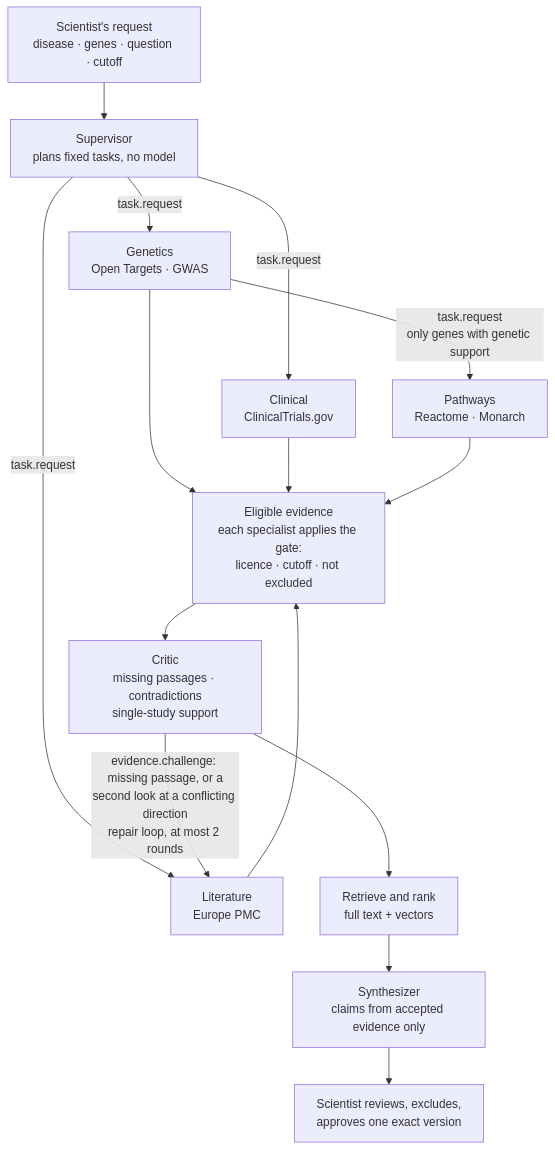
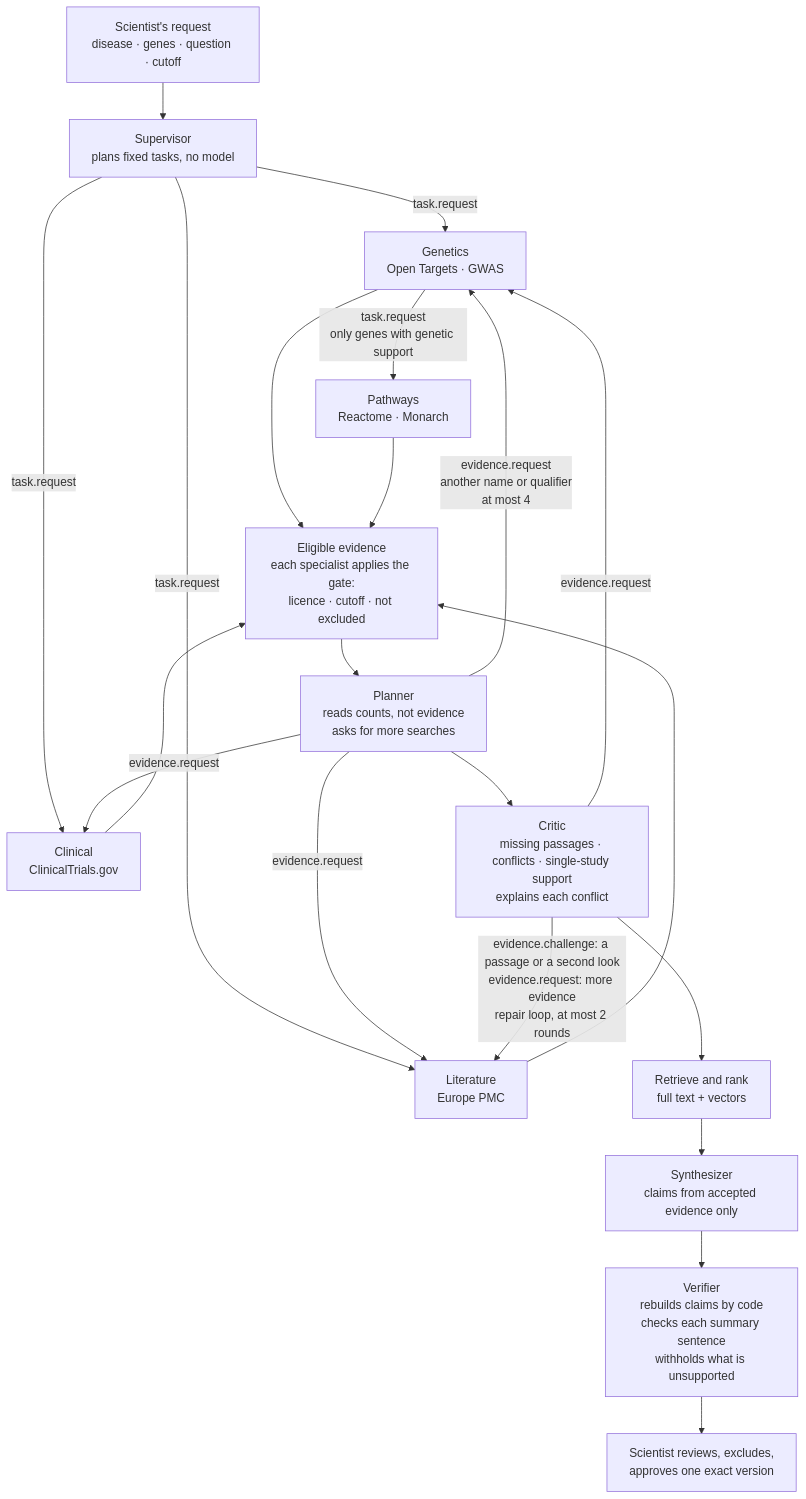
Before and after one commit to Tevaalgorithms/BioNexus-AI: the second of 3 diagrams in README.md, drawn with Mermaid. The commit also changed other lines of this file and 16 other files, not shown here.

````diff
--- a/README.md
+++ b/README.md
@@ -119,17 +127,23 @@
 ```mermaid
 flowchart TB
     REQ["Scientist's request<br/>disease · genes · question · cutoff"] --> SUP["Supervisor<br/>plans fixed tasks, no model"]
     SUP -- "task.request" --> GEN["Genetics<br/>Open Targets · GWAS"]
     SUP -- "task.request" --> LIT["Literature<br/>Europe PMC"]
     SUP -- "task.request" --> CLI["Clinical<br/>ClinicalTrials.gov"]
     GEN -- "task.request<br/>only genes with genetic support" --> PATH["Pathways<br/>Reactome · Monarch"]
     GEN --> EV["Eligible evidence<br/>each specialist applies the gate:<br/>licence · cutoff · not excluded"]
     LIT --> EV
     CLI --> EV
     PATH --> EV
-    EV --> CRIT["Critic<br/>missing passages · contradictions<br/>single-study support"]
-    CRIT -- "evidence.challenge: missing passage, or a<br/>second look at a conflicting direction<br/>repair loop, at most 2 rounds" --> LIT
+    EV --> PLAN["Planner<br/>reads counts, not evidence<br/>asks for more searches"]
+    PLAN -- "evidence.request<br/>another name or qualifier<br/>at most 4" --> GEN
+    PLAN -- "evidence.request" --> LIT
+    PLAN -- "evidence.request" --> CLI
+    PLAN --> CRIT["Critic<br/>missing passages · conflicts · single-study support<br/>explains each conflict"]
+    CRIT -- "evidence.challenge: a passage or a second look<br/>evidence.request: more evidence<br/>repair loop, at most 2 rounds" --> LIT
+    CRIT -- "evidence.request" --> GEN
     CRIT --> RANK["Retrieve and rank<br/>full text + vectors"]
     RANK --> SYN["Synthesizer<br/>claims from accepted evidence only"]
-    SYN --> REV["Scientist reviews, excludes,<br/>approves one exact version"]
+    SYN --> VER["Verifier<br/>rebuilds claims by code<br/>checks each summary sentence<br/>withholds what is unsupported"]
+    VER --> REV["Scientist reviews, excludes,<br/>approves one exact version"]
 ```
````
